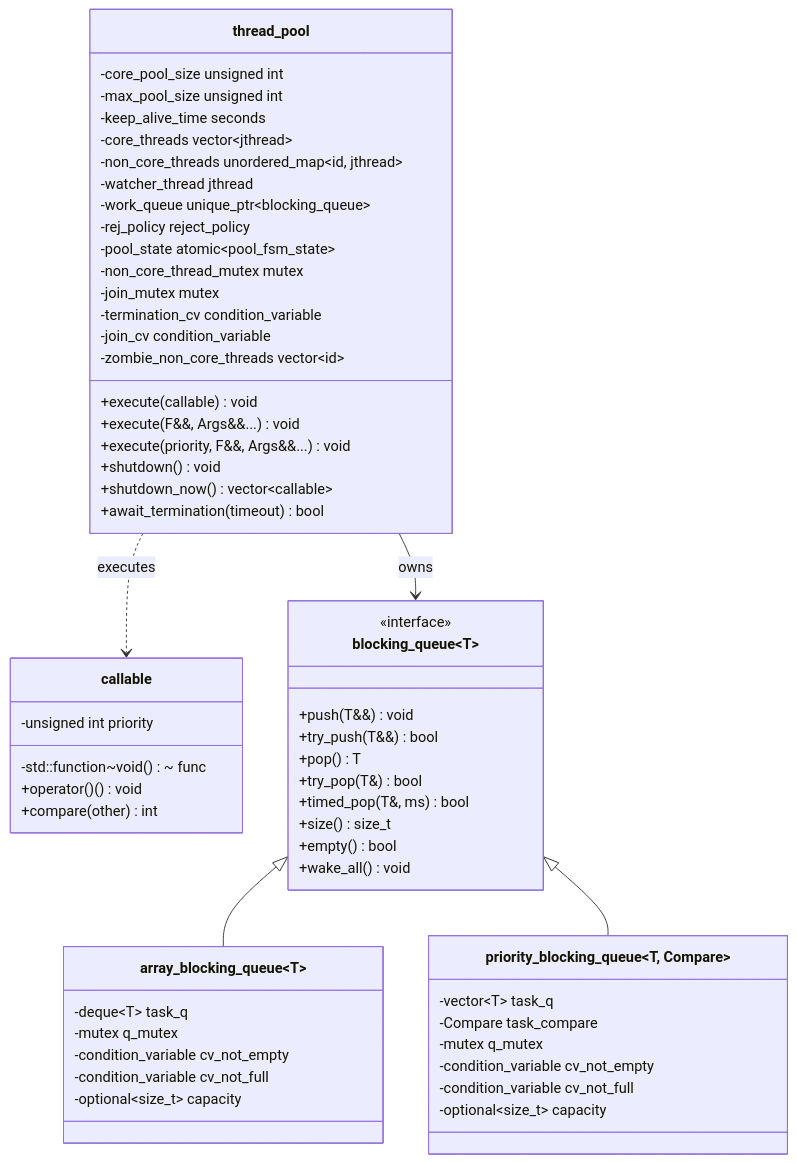
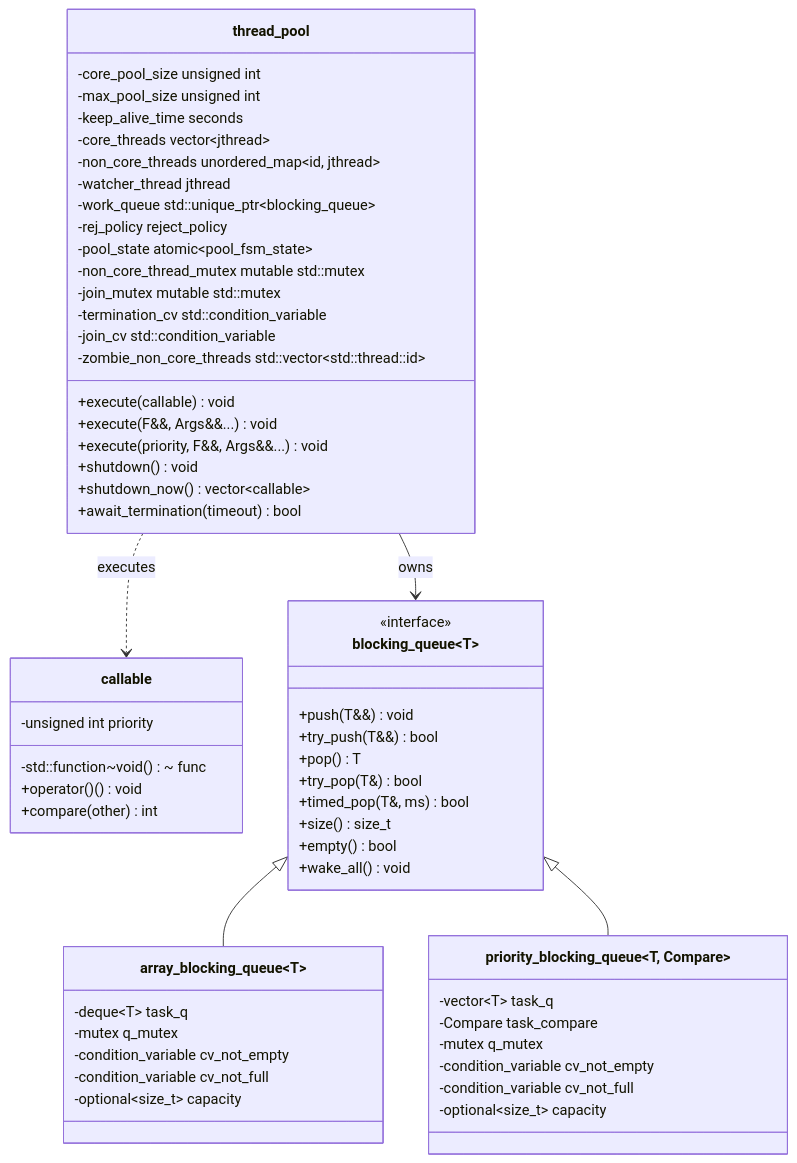
The first of 2 diagrams in DESIGN.md (lwhttpdorg/threadpool), drawn with Mermaid before and after one commit. The commit also changed other lines of this file and 1 other file, not shown here.

````diff
--- a/DESIGN.md
+++ b/DESIGN.md
@@ -165,66 +165,66 @@
 ```mermaid
 classDiagram
     class callable {
         -std::function~void()~ func
         -unsigned int priority
         +operator()() void
         +compare(other) int
     }
 
     class blocking_queue~T~ {
         <<interface>>
         +push(T&&) void
         +try_push(T&&) bool
         +pop() T
         +try_pop(T&) bool
         +timed_pop(T&, ms) bool
         +size() size_t
         +empty() bool
         +wake_all() void
     }
 
     class array_blocking_queue~T~ {
         -deque~T~ task_q
         -mutex q_mutex
         -condition_variable cv_not_empty
         -condition_variable cv_not_full
         -optional~size_t~ capacity
     }
 
     class priority_blocking_queue~T, Compare~ {
         -vector~T~ task_q
         -Compare task_compare
         -mutex q_mutex
         -condition_variable cv_not_empty
         -condition_variable cv_not_full
         -optional~size_t~ capacity
     }
 
     class thread_pool {
         +execute(callable) void
         +execute(F&&, Args&&...) void
         +execute(priority, F&&, Args&&...) void
         +shutdown() void
         +shutdown_now() vector~callable~
         +await_termination(timeout) bool
         -core_pool_size unsigned int
         -max_pool_size unsigned int
         -keep_alive_time seconds
         -core_threads vector~jthread~
         -non_core_threads unordered_map~id, jthread~
         -watcher_thread jthread
-        -work_queue unique_ptr~blocking_queue~
+        -work_queue std::unique_ptr~blocking_queue~
         -rej_policy reject_policy
         -pool_state atomic~pool_fsm_state~
-        -non_core_thread_mutex mutex
-        -join_mutex mutex
-        -termination_cv condition_variable
-        -join_cv condition_variable
-        -zombie_non_core_threads vector~id~
+        -non_core_thread_mutex mutable std::mutex
+        -join_mutex mutable std::mutex
+        -termination_cv std::condition_variable
+        -join_cv std::condition_variable
+        -zombie_non_core_threads std::vector~std::thread::id~
     }
 
     blocking_queue~T~ <|-- array_blocking_queue~T~
     blocking_queue~T~ <|-- priority_blocking_queue~T, Compare~
     thread_pool --> blocking_queue~callable~ : owns
     thread_pool ..> callable : executes
 ```
````
